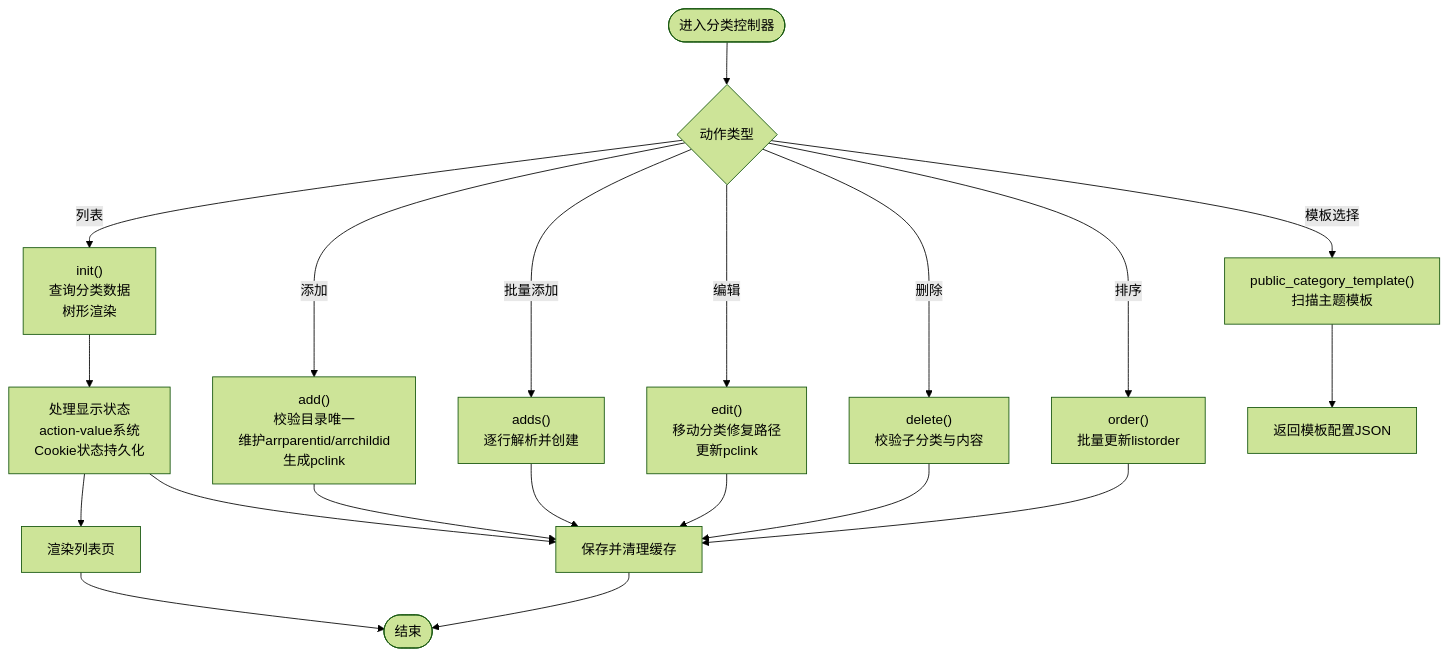
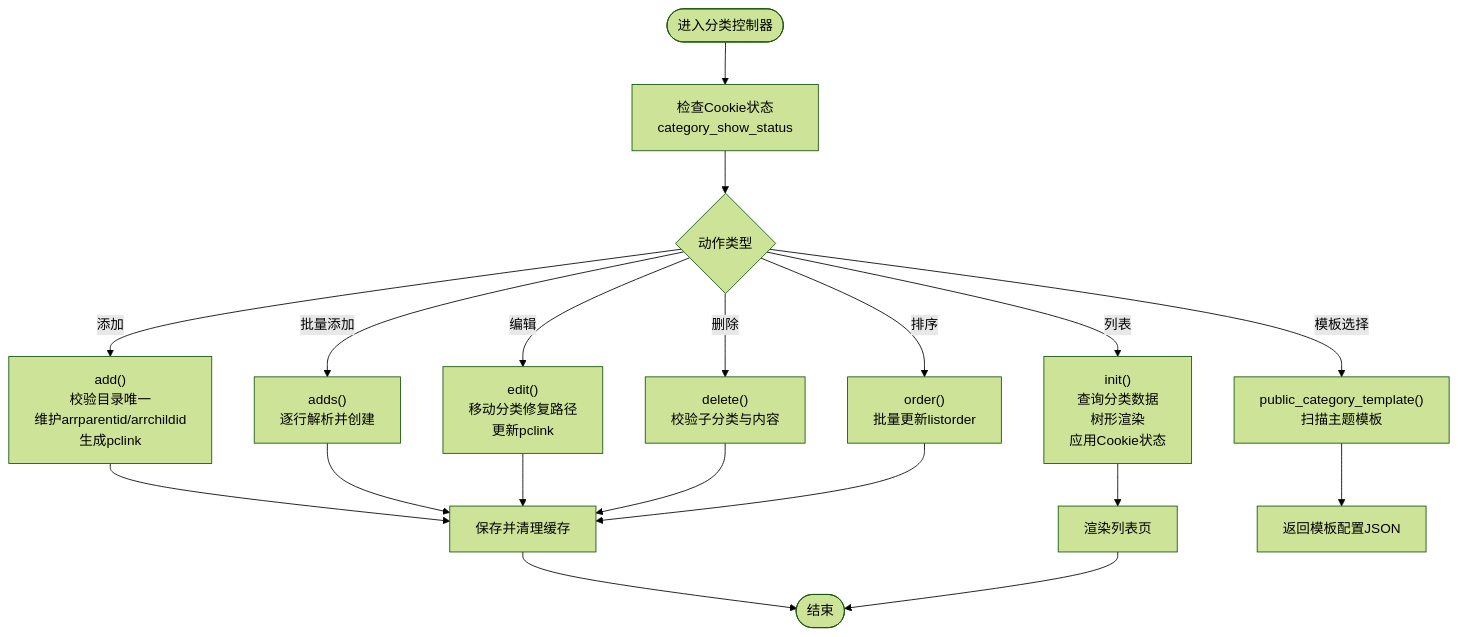
One commit to lirongyaoper/lryblog.com changed the third of 8 diagrams in .qoder/repowiki/zh/content/系统架构/模块化设计/后台管理模块/分类管理.md. Above: the diagram before and after it, drawn with Mermaid (forest theme). The commit also changed other lines of this file and 14 other files, not shown here.

````diff
--- a/.qoder/repowiki/zh/content/系统架构/模块化设计/后台管理模块/分类管理.md
+++ b/.qoder/repowiki/zh/content/系统架构/模块化设计/后台管理模块/分类管理.md
@@ -153,22 +166,21 @@
 ```mermaid
 flowchart TD
-Start(["进入分类控制器"]) --> Action{"动作类型"}
-Action --> |列表| Init["init()<br/>查询分类数据<br/>树形渲染"]
+Start(["进入分类控制器"]) --> CookieCheck["检查Cookie状态<br/>category_show_status"]
+CookieCheck --> Action{"动作类型"}
+Action --> |列表| Init["init()<br/>查询分类数据<br/>树形渲染<br/>应用Cookie状态"]
 Action --> |添加| Add["add()<br/>校验目录唯一<br/>维护arrparentid/arrchildid<br/>生成pclink"]
 Action --> |批量添加| Adds["adds()<br/>逐行解析并创建"]
 Action --> |编辑| Edit["edit()<br/>移动分类修复路径<br/>更新pclink"]
 Action --> |删除| Delete["delete()<br/>校验子分类与内容"]
 Action --> |排序| Order["order()<br/>批量更新listorder"]
 Action --> |模板选择| Template["public_category_template()<br/>扫描主题模板"]
-Init --> State["处理显示状态<br/>action-value系统<br/>Cookie状态持久化"]
-State --> Render["渲染列表页"]
+Init --> Render["渲染列表页"]
 Add --> Save["保存并清理缓存"]
-State --> Save
 Adds --> Save
 Edit --> Save
 Delete --> Save
 Order --> Save
 Template --> Return["返回模板配置JSON"]
 Save --> End(["结束"])
 Render --> End
 ```
````
